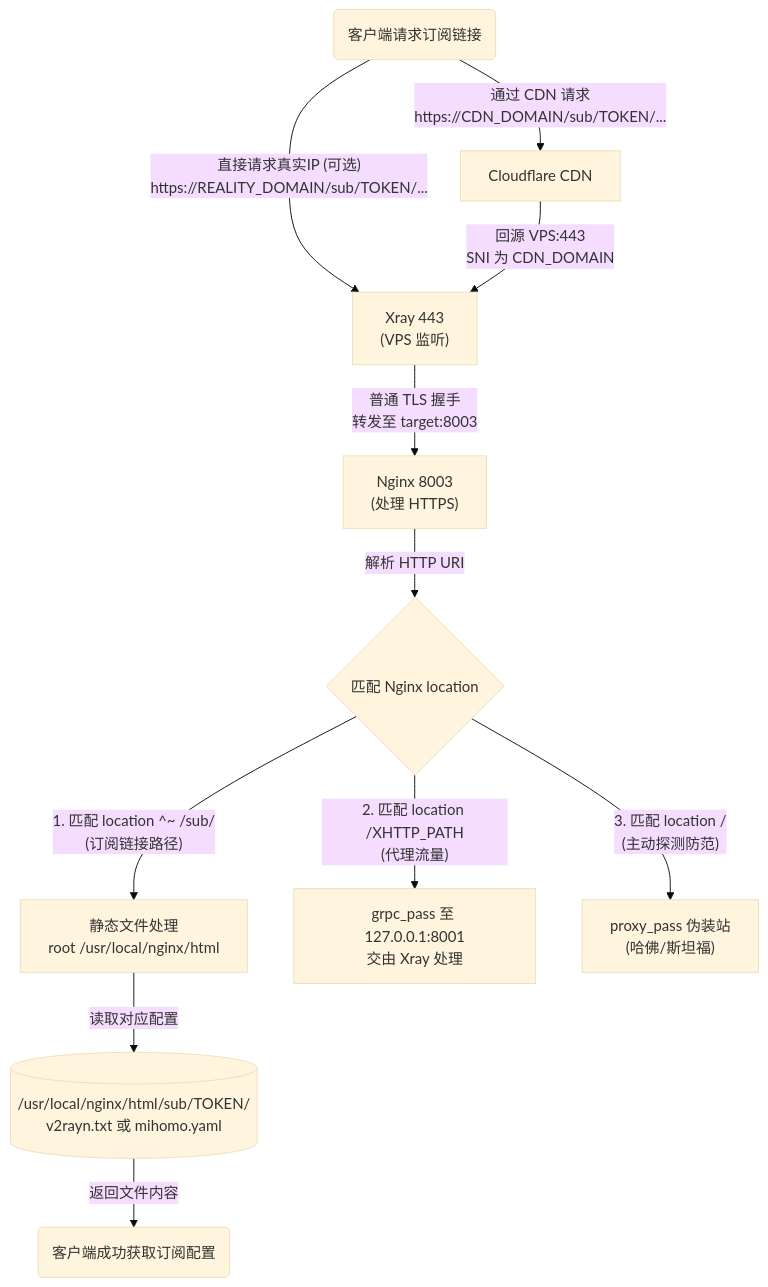
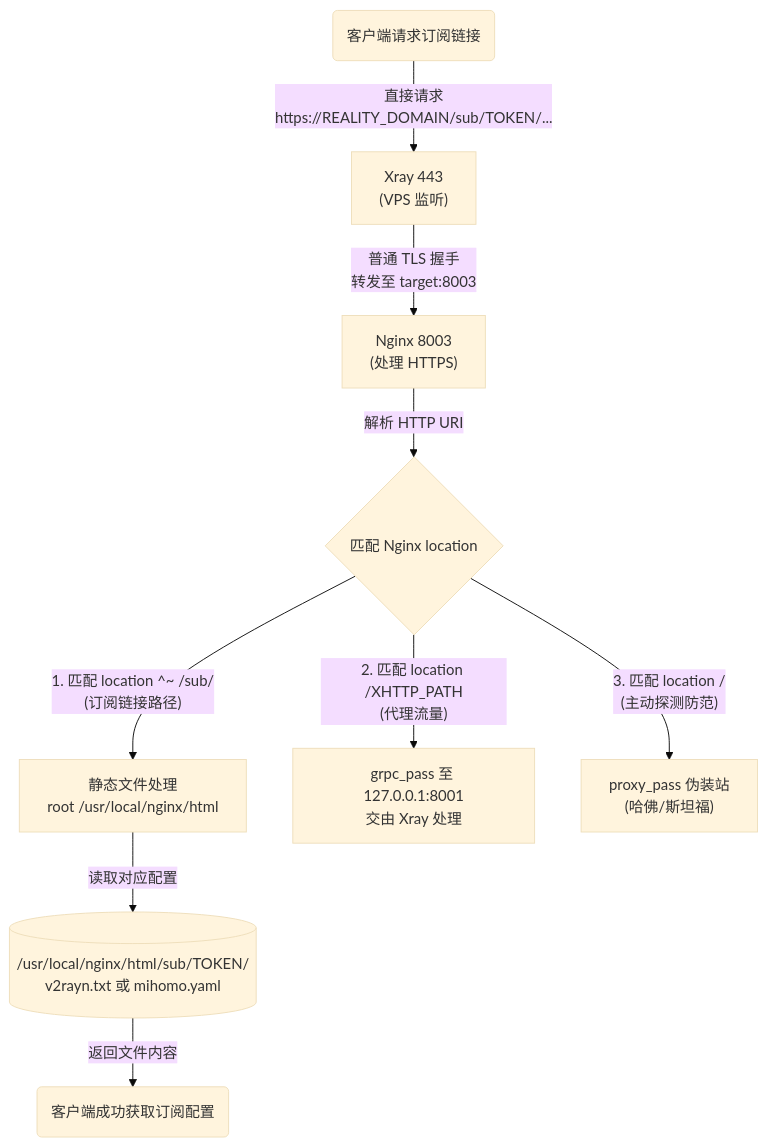
One commit to Yulinanami/my-xhttp-cdn-config changed the second of 2 diagrams in README.md. Above: the diagram before and after it, drawn with Mermaid (base theme). The commit also changed other lines of this file and 1 other file, not shown here.

Commit message:
使用reality域名作为订阅链接的域名，修复订阅链接无法直连下载的问题

````diff
--- a/README.md
+++ b/README.md
@@ -138,21 +143,18 @@
 ```mermaid
 graph TD
 	SUB_START("客户端请求订阅链接")
 	
-	SUB_START -->|"通过 CDN 请求<br/>https://CDN_DOMAIN/sub/TOKEN/..."| SUB_CF["Cloudflare CDN"]
-	SUB_START -->|"直接请求真实IP (可选)<br/>https://REALITY_DOMAIN/sub/TOKEN/..."| SUB_XR443["Xray 443<br/>(VPS 监听)"]
-
-	SUB_CF -->|"回源 VPS:443<br/>SNI 为 CDN_DOMAIN"| SUB_XR443
+	SUB_START -->|"直接请求<br/>https://REALITY_DOMAIN/sub/TOKEN/..."| SUB_XR443["Xray 443<br/>(VPS 监听)"]
 	
 	SUB_XR443 -->|"普通 TLS 握手<br/>转发至 target:8003"| SUB_NG8003["Nginx 8003<br/>(处理 HTTPS)"]
 	
 	SUB_NG8003 -->|"解析 HTTP URI"| SUB_NG_MATCH{"匹配 Nginx location"}
 	
 	SUB_NG_MATCH -->|"1. 匹配 location ^~ /sub/<br/>(订阅链接路径)"| SUB_NG_STATIC["静态文件处理<br/>root /usr/local/nginx/html"]
 	SUB_NG_MATCH -->|"2. 匹配 location /XHTTP_PATH<br/>(代理流量)"| SUB_NG_GRPC["grpc_pass 至 127.0.0.1:8001<br/>交由 Xray 处理"]
 	SUB_NG_MATCH -->|"3. 匹配 location /<br/>(主动探测防范)"| SUB_NG_PROXY["proxy_pass 伪装站<br/>(哈佛/斯坦福)"]
 	
 	SUB_NG_STATIC -->|"读取对应配置"| SUB_FILE[("/usr/local/nginx/html/sub/TOKEN/<br/>v2rayn.txt 或 mihomo.yaml")]
 	
 	SUB_FILE -->|"返回文件内容"| SUB_END("客户端成功获取订阅配置")
 ```
````
